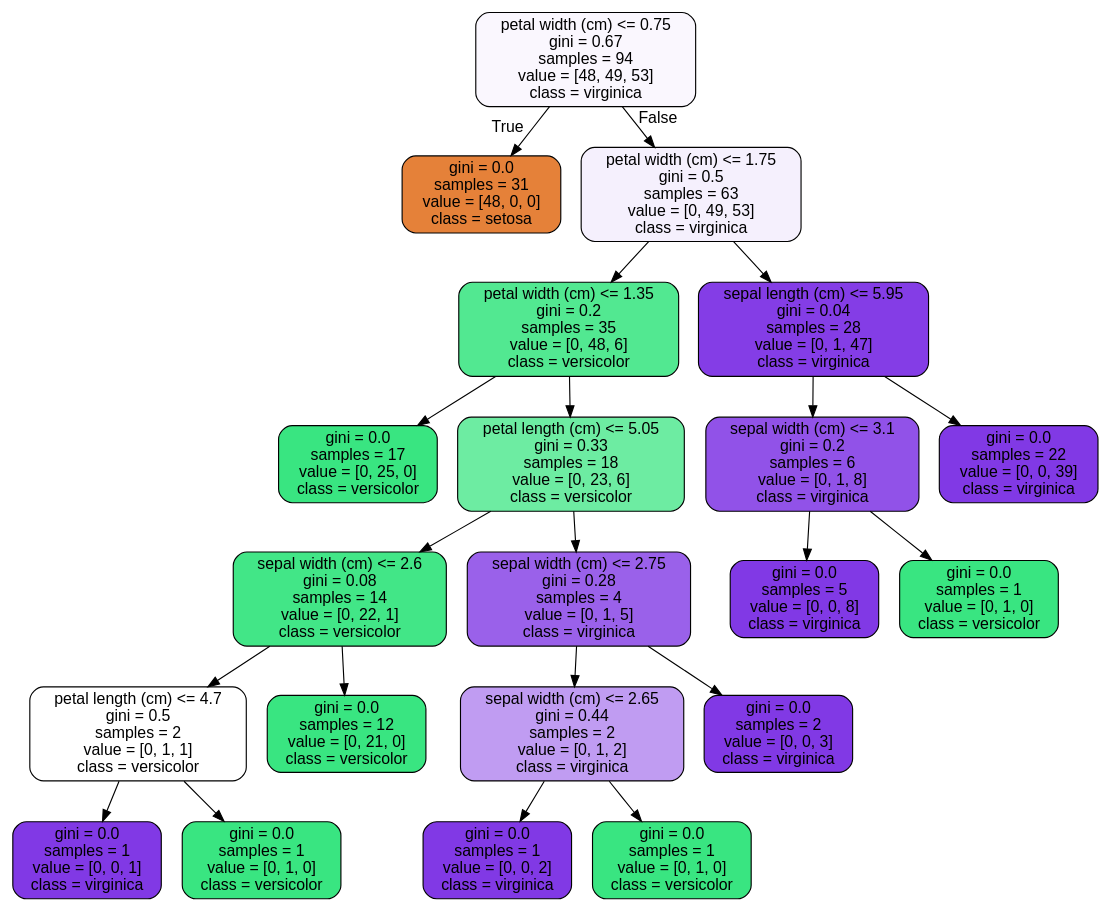
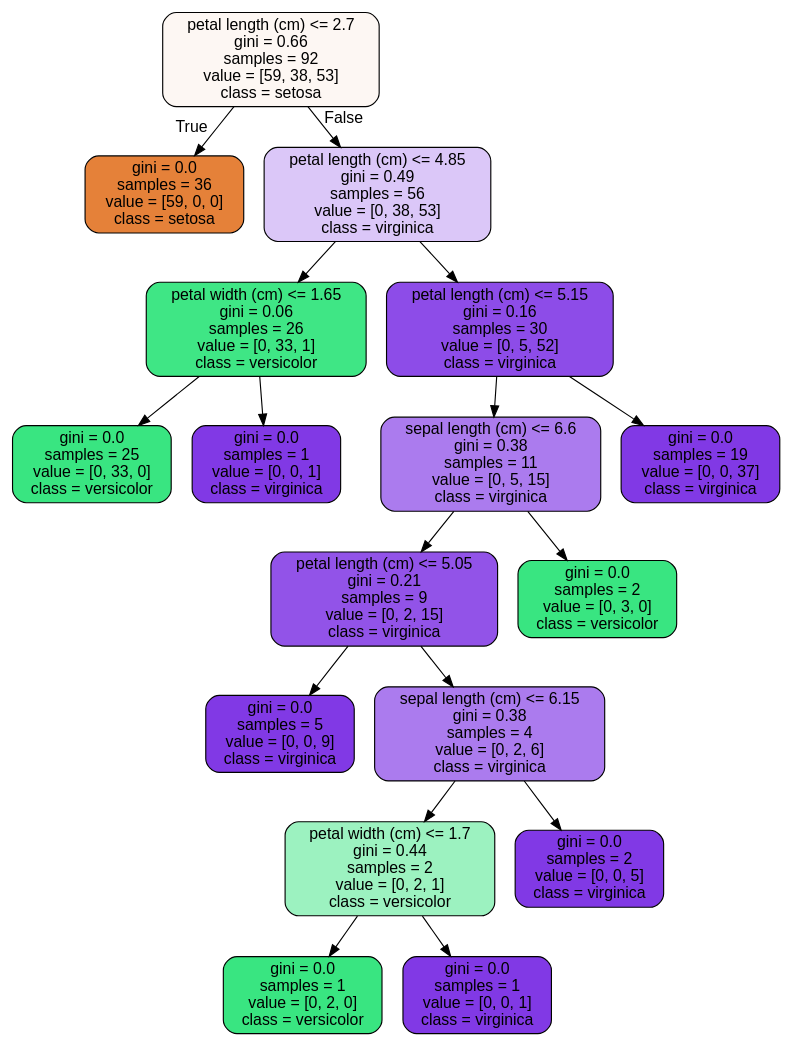
One commit to machquocvu/Springboard-DSC changed the diagram in RandomForest_Covid_Case_Study/RandomForest Covid Case Study_06302020/tree.dot. Above: the diagram before and after it, drawn with Graphviz. The commit also changed 2 other files, not shown here.

```diff
--- a/RandomForest_Covid_Case_Study/RandomForest Covid Case Study_06302020/tree.dot
+++ b/RandomForest_Covid_Case_Study/RandomForest Covid Case Study_06302020/tree.dot
@@ -1,45 +1,37 @@
 digraph Tree {
 node [shape=box, style="filled, rounded", color="black", fontname=helvetica] ;
 edge [fontname=helvetica] ;
-0 [label="petal width (cm) <= 0.75\ngini = 0.67\nsamples = 94\nvalue = [48, 49, 53]\nclass = virginica", fillcolor="#faf7fe"] ;
-1 [label="gini = 0.0\nsamples = 31\nvalue = [48, 0, 0]\nclass = setosa", fillcolor="#e58139"] ;
+0 [label="petal length (cm) <= 2.7\ngini = 0.66\nsamples = 92\nvalue = [59, 38, 53]\nclass = setosa", fillcolor="#fdf7f3"] ;
+1 [label="gini = 0.0\nsamples = 36\nvalue = [59, 0, 0]\nclass = setosa", fillcolor="#e58139"] ;
 0 -> 1 [labeldistance=2.5, labelangle=45, headlabel="True"] ;
-2 [label="petal width (cm) <= 1.75\ngini = 0.5\nsamples = 63\nvalue = [0, 49, 53]\nclass = virginica", fillcolor="#f5f0fd"] ;
+2 [label="petal length (cm) <= 4.85\ngini = 0.49\nsamples = 56\nvalue = [0, 38, 53]\nclass = virginica", fillcolor="#dbc7f8"] ;
 0 -> 2 [labeldistance=2.5, labelangle=-45, headlabel="False"] ;
-3 [label="petal width (cm) <= 1.35\ngini = 0.2\nsamples = 35\nvalue = [0, 48, 6]\nclass = versicolor", fillcolor="#52e891"] ;
+3 [label="petal width (cm) <= 1.65\ngini = 0.06\nsamples = 26\nvalue = [0, 33, 1]\nclass = versicolor", fillcolor="#3fe685"] ;
 2 -> 3 ;
-4 [label="gini = 0.0\nsamples = 17\nvalue = [0, 25, 0]\nclass = versicolor", fillcolor="#39e581"] ;
+4 [label="gini = 0.0\nsamples = 25\nvalue = [0, 33, 0]\nclass = versicolor", fillcolor="#39e581"] ;
 3 -> 4 ;
-5 [label="petal length (cm) <= 5.05\ngini = 0.33\nsamples = 18\nvalue = [0, 23, 6]\nclass = versicolor", fillcolor="#6deca2"] ;
+5 [label="gini = 0.0\nsamples = 1\nvalue = [0, 0, 1]\nclass = virginica", fillcolor="#8139e5"] ;
 3 -> 5 ;
-6 [label="sepal width (cm) <= 2.6\ngini = 0.08\nsamples = 14\nvalue = [0, 22, 1]\nclass = versicolor", fillcolor="#42e687"] ;
-5 -> 6 ;
-7 [label="petal length (cm) <= 4.7\ngini = 0.5\nsamples = 2\nvalue = [0, 1, 1]\nclass = versicolor", fillcolor="#ffffff"] ;
+6 [label="petal length (cm) <= 5.15\ngini = 0.16\nsamples = 30\nvalue = [0, 5, 52]\nclass = virginica", fillcolor="#8d4ce8"] ;
+2 -> 6 ;
+7 [label="sepal length (cm) <= 6.6\ngini = 0.38\nsamples = 11\nvalue = [0, 5, 15]\nclass = virginica", fillcolor="#ab7bee"] ;
 6 -> 7 ;
-8 [label="gini = 0.0\nsamples = 1\nvalue = [0, 0, 1]\nclass = virginica", fillcolor="#8139e5"] ;
+8 [label="petal length (cm) <= 5.05\ngini = 0.21\nsamples = 9\nvalue = [0, 2, 15]\nclass = virginica", fillcolor="#9253e8"] ;
 7 -> 8 ;
-9 [label="gini = 0.0\nsamples = 1\nvalue = [0, 1, 0]\nclass = versicolor", fillcolor="#39e581"] ;
-7 -> 9 ;
-10 [label="gini = 0.0\nsamples = 12\nvalue = [0, 21, 0]\nclass = versicolor", fillcolor="#39e581"] ;
-6 -> 10 ;
-11 [label="sepal width (cm) <= 2.75\ngini = 0.28\nsamples = 4\nvalue = [0, 1, 5]\nclass = virginica", fillcolor="#9a61ea"] ;
-5 -> 11 ;
-12 [label="sepal width (cm) <= 2.65\ngini = 0.44\nsamples = 2\nvalue = [0, 1, 2]\nclass = virginica", fillcolor="#c09cf2"] ;
+9 [label="gini = 0.0\nsamples = 5\nvalue = [0, 0, 9]\nclass = virginica", fillcolor="#8139e5"] ;
+8 -> 9 ;
+10 [label="sepal length (cm) <= 6.15\ngini = 0.38\nsamples = 4\nvalue = [0, 2, 6]\nclass = virginica", fillcolor="#ab7bee"] ;
+8 -> 10 ;
+11 [label="petal width (cm) <= 1.7\ngini = 0.44\nsamples = 2\nvalue = [0, 2, 1]\nclass = versicolor", fillcolor="#9cf2c0"] ;
+10 -> 11 ;
+12 [label="gini = 0.0\nsamples = 1\nvalue = [0, 2, 0]\nclass = versicolor", fillcolor="#39e581"] ;
 11 -> 12 ;
-13 [label="gini = 0.0\nsamples = 1\nvalue = [0, 0, 2]\nclass = virginica", fillcolor="#8139e5"] ;
-12 -> 13 ;
-14 [label="gini = 0.0\nsamples = 1\nvalue = [0, 1, 0]\nclass = versicolor", fillcolor="#39e581"] ;
-12 -> 14 ;
-15 [label="gini = 0.0\nsamples = 2\nvalue = [0, 0, 3]\nclass = virginica", fillcolor="#8139e5"] ;
-11 -> 15 ;
-16 [label="sepal length (cm) <= 5.95\ngini = 0.04\nsamples = 28\nvalue = [0, 1, 47]\nclass = virginica", fillcolor="#843de6"] ;
-2 -> 16 ;
-17 [label="sepal width (cm) <= 3.1\ngini = 0.2\nsamples = 6\nvalue = [0, 1, 8]\nclass = virginica", fillcolor="#9152e8"] ;
-16 -> 17 ;
-18 [label="gini = 0.0\nsamples = 5\nvalue = [0, 0, 8]\nclass = virginica", fillcolor="#8139e5"] ;
-17 -> 18 ;
-19 [label="gini = 0.0\nsamples = 1\nvalue = [0, 1, 0]\nclass = versicolor", fillcolor="#39e581"] ;
-17 -> 19 ;
-20 [label="gini = 0.0\nsamples = 22\nvalue = [0, 0, 39]\nclass = virginica", fillcolor="#8139e5"] ;
-16 -> 20 ;
+13 [label="gini = 0.0\nsamples = 1\nvalue = [0, 0, 1]\nclass = virginica", fillcolor="#8139e5"] ;
+11 -> 13 ;
+14 [label="gini = 0.0\nsamples = 2\nvalue = [0, 0, 5]\nclass = virginica", fillcolor="#8139e5"] ;
+10 -> 14 ;
+15 [label="gini = 0.0\nsamples = 2\nvalue = [0, 3, 0]\nclass = versicolor", fillcolor="#39e581"] ;
+7 -> 15 ;
+16 [label="gini = 0.0\nsamples = 19\nvalue = [0, 0, 37]\nclass = virginica", fillcolor="#8139e5"] ;
+6 -> 16 ;
 }
```
